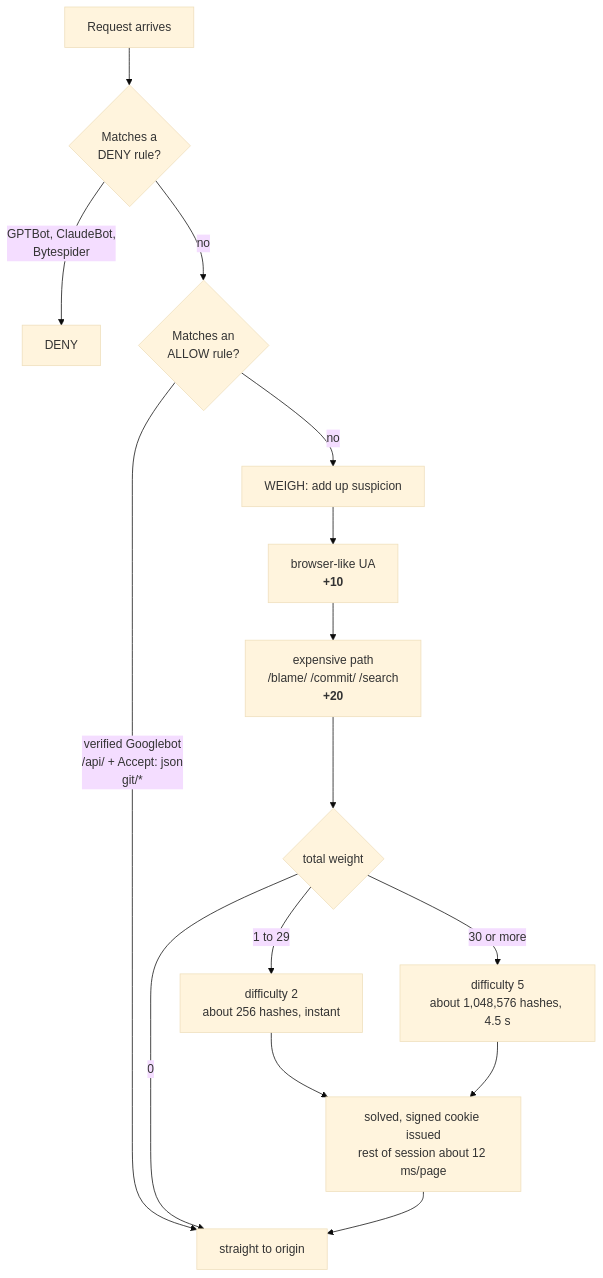
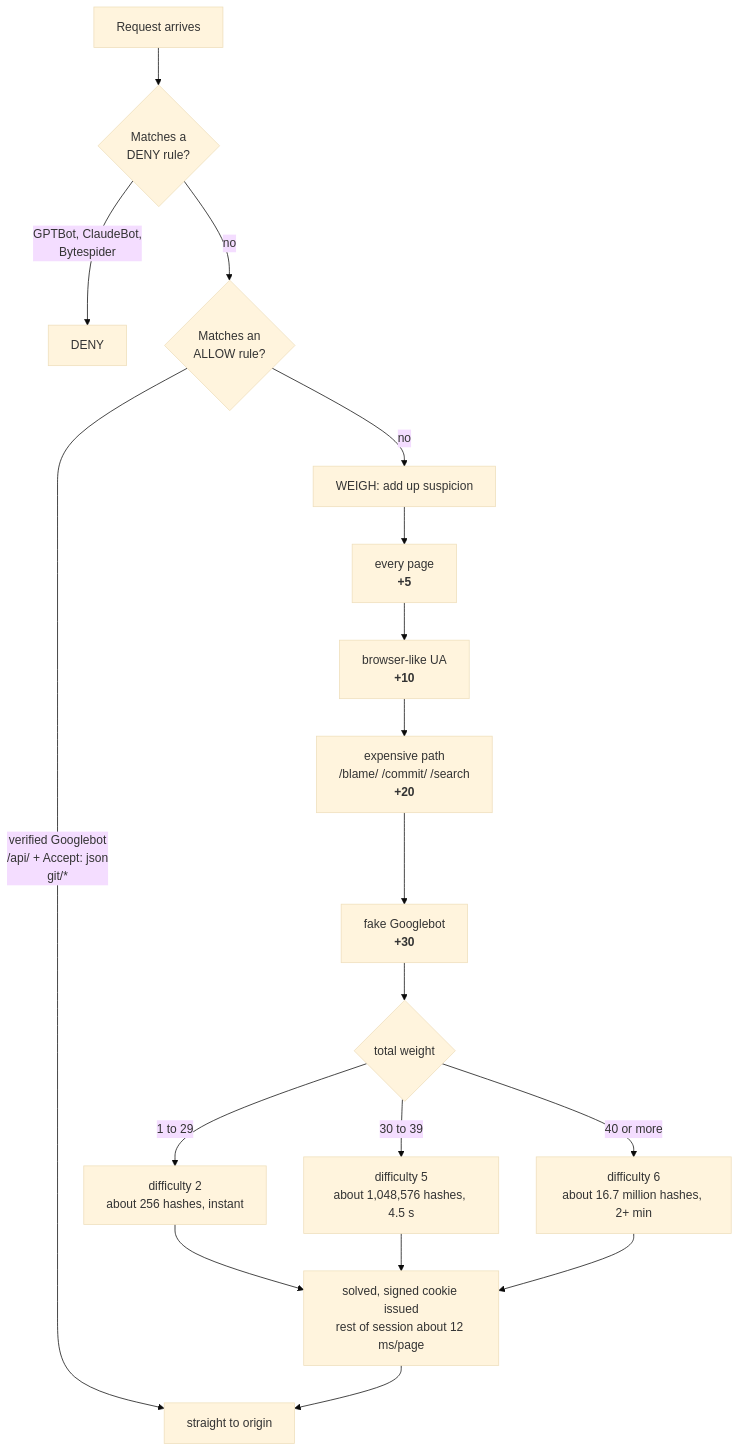
Before and after one commit to u6610909/anubis-demo: the second of 2 diagrams in README.md, drawn with Mermaid (base theme). The commit also changed other lines of this file and 3 other files, not shown here.

First line of the commit message:
Hardest puzzle (level 6) for fake Googlebot, small puzzle on every page

````diff
--- a/README.md
+++ b/README.md
@@ -158,20 +158,23 @@
 ```mermaid
 flowchart TD
     R["Request arrives"] --> P{"Matches a<br/>DENY rule?"}
     P -->|"GPTBot, ClaudeBot,<br/>Bytespider"| D["DENY"]
     P -->|no| AL{"Matches an<br/>ALLOW rule?"}
     AL -->|"verified Googlebot<br/>/api/ + Accept: json<br/>git/*"| PASS["straight to origin"]
     AL -->|no| W["WEIGH: add up suspicion"]
 
-    W --> W1["browser-like UA<br/><b>+10</b>"]
+    W --> W0["every page<br/><b>+5</b>"]
+    W0 --> W1["browser-like UA<br/><b>+10</b>"]
     W1 --> W2["expensive path<br/>/blame/ /commit/ /search<br/><b>+20</b>"]
-    W2 --> T{"total weight"}
+    W2 --> W3["fake Googlebot<br/><b>+30</b>"]
+    W3 --> T{"total weight"}
 
-    T -->|"0"| PASS
     T -->|"1 to 29"| C1["difficulty 2<br/>about 256 hashes, instant"]
-    T -->|"30 or more"| C2["difficulty 5<br/>about 1,048,576 hashes, 4.5 s"]
+    T -->|"30 to 39"| C2["difficulty 5<br/>about 1,048,576 hashes, 4.5 s"]
+    T -->|"40 or more"| C3["difficulty 6<br/>about 16.7 million hashes, 2+ min"]
 
     C1 --> CK["solved, signed cookie issued<br/>rest of session about 12 ms/page"]
     C2 --> CK
+    C3 --> CK
     CK --> PASS
 ```
````
